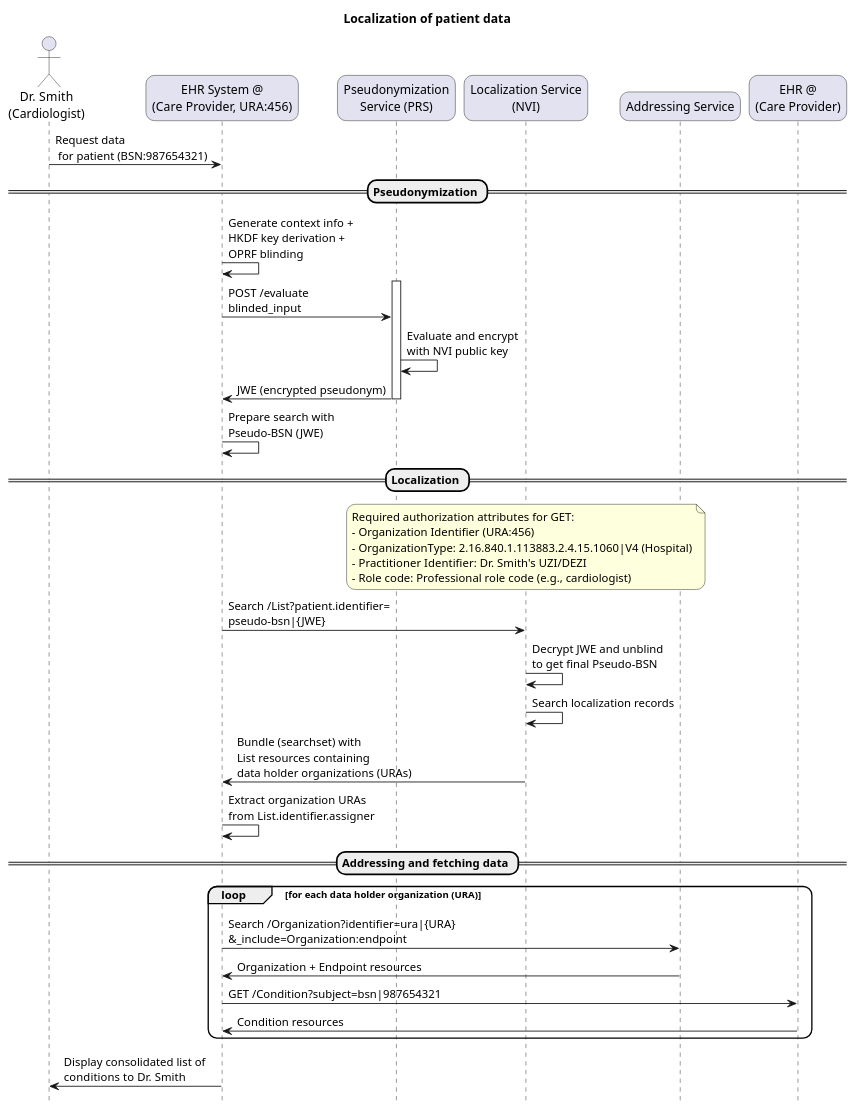
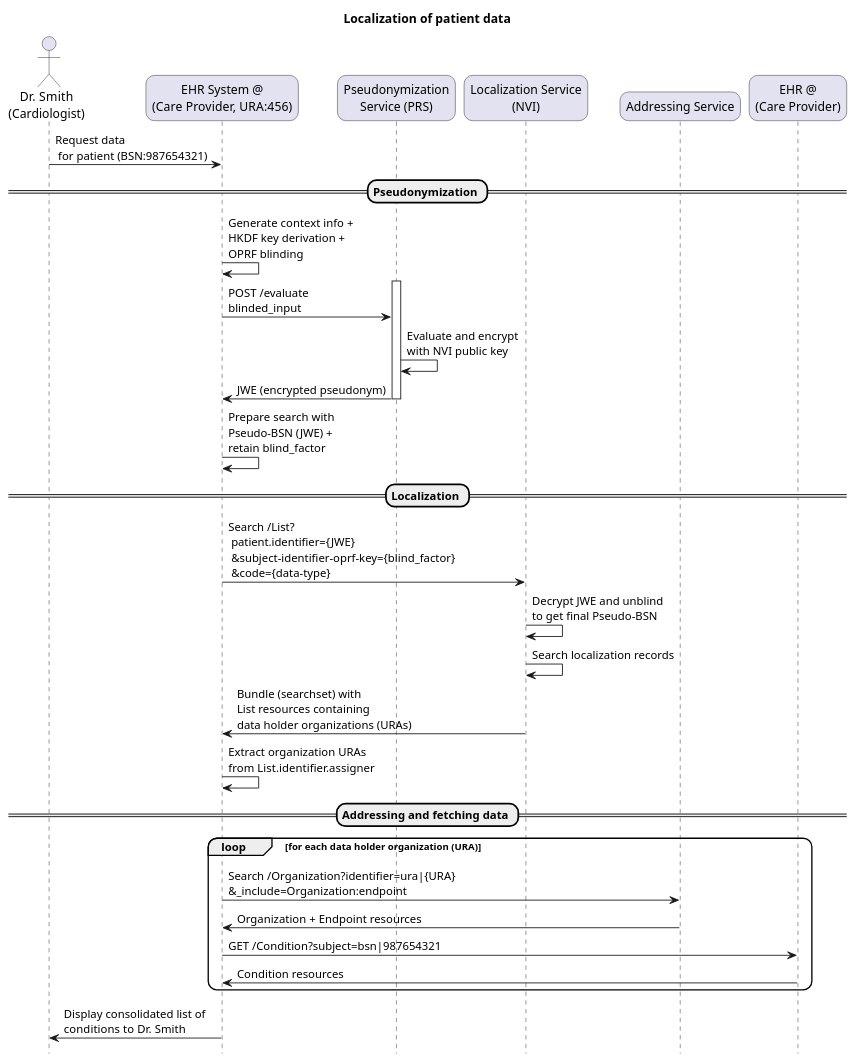
One commit to minvws/generiekefuncties-docs changed the diagram in input/images-source/localization-cardiologist-search.plantuml. Above: the diagram before and after it, drawn with PlantUML. The commit also changed 4 other files, not shown here.

```diff
--- a/input/images-source/localization-cardiologist-search.plantuml
+++ b/input/images-source/localization-cardiologist-search.plantuml
@@ -1,68 +1,59 @@
 @startuml localization-cardiologist-search
 
 title Localization of patient data
 
 skinparam roundcorner 20
 skinparam defaultFontName Arial 
 hide footbox
 
 !pragma teoz true
 
 actor "Dr. Smith\n(Cardiologist)" as doctor
 participant "EHR System @\n(Care Provider, URA:456)" as ehr
 participant "Pseudonymization\nService (PRS)" as prs
 participant "Localization Service\n(NVI)" as nvi
 participant "Addressing Service" as addressing
 participant "EHR @\n(Care Provider)" as ehr_reg
 
 doctor -> ehr: Request data\n for patient (BSN:987654321)
 
 == Pseudonymization ==
 
 ehr -> ehr: Generate context info +\nHKDF key derivation +\nOPRF blinding
 
 activate prs
 ehr -> prs: POST /evaluate\nblinded_input
 
 prs -> prs: Evaluate and encrypt\nwith NVI public key
 
 prs -> ehr: JWE (encrypted pseudonym)
 deactivate prs
 
-ehr -> ehr: Prepare search with\nPseudo-BSN (JWE)
+ehr -> ehr: Prepare search with\nPseudo-BSN (JWE) +\nretain blind_factor
 
 == Localization ==
 
-
-note over nvi
-  Required authorization attributes for GET:
-  - Organization Identifier (URA:456)
-  - OrganizationType: 2.16.840.1.113883.2.4.15.1060|V4 (Hospital)
-  - Practitioner Identifier: Dr. Smith's UZI/DEZI 
-  - Role code: Professional role code (e.g., cardiologist)
-end note
-
-ehr -> nvi: Search /List?patient.identifier=\npseudo-bsn|{JWE}
+ehr -> nvi: Search /List?\n patient.identifier={JWE}\n &subject-identifier-oprf-key={blind_factor}\n &code={data-type}
 
 nvi -> nvi: Decrypt JWE and unblind\nto get final Pseudo-BSN
 
 nvi -> nvi: Search localization records
 
 nvi -> ehr: Bundle (searchset) with\nList resources containing\ndata holder organizations (URAs)
 
 ehr -> ehr: Extract organization URAs\nfrom List.identifier.assigner
 
 == Addressing and fetching data ==
 
 loop for each data holder organization (URA)
   ehr -> addressing: Search /Organization?identifier=ura|{URA}\n&_include=Organization:endpoint
 
   addressing -> ehr: Organization + Endpoint resources
 
   ehr -> ehr_reg: GET /Condition?subject=bsn|987654321
   ehr_reg -> ehr: Condition resources
 end
 
 ehr -> doctor: Display consolidated list of \nconditions to Dr. Smith
 
 @enduml
```
